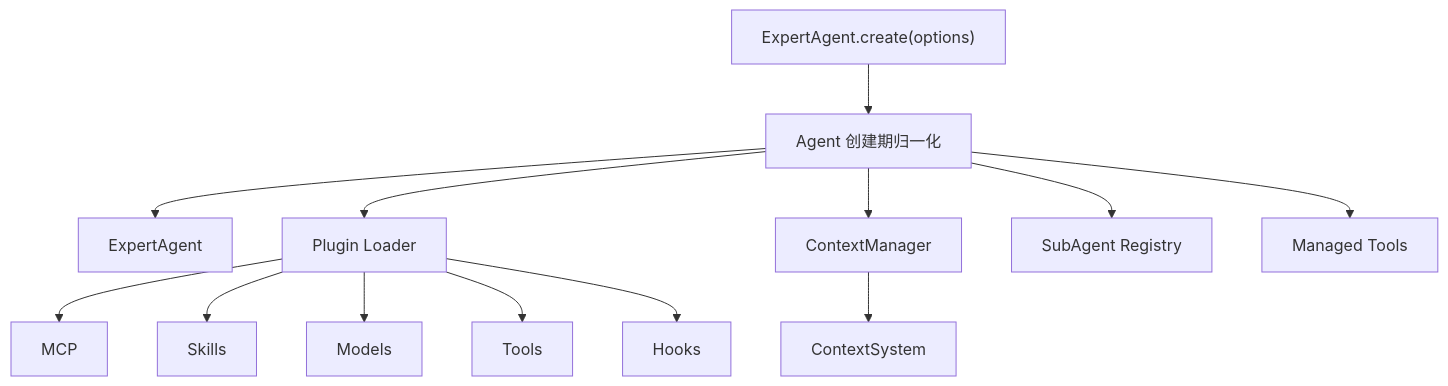
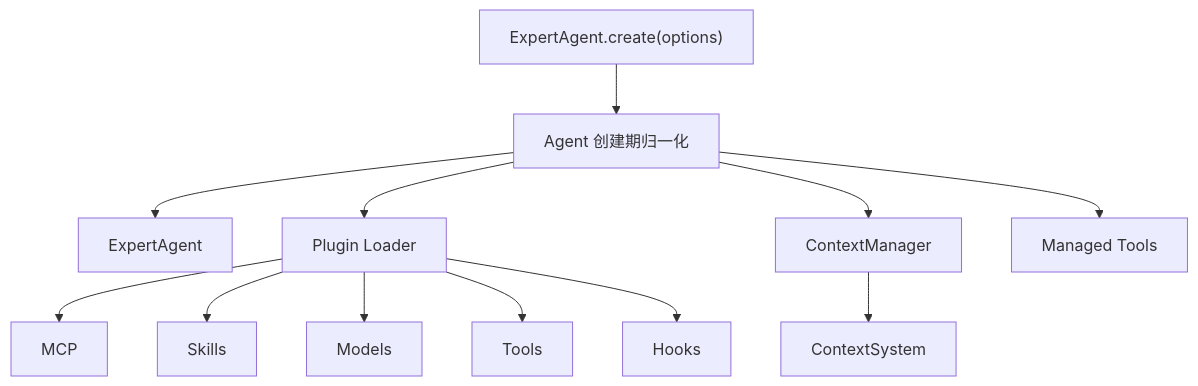
One commit to pqpo/pragma changed the second of 18 diagrams in docs/architecture/agent-core-architecture.md. Above: the diagram before and after it, drawn with Mermaid. The commit also changed other lines of this file and 43 other files, not shown here.

Commit message:
refactor runtime and memory architecture

````diff
--- a/docs/architecture/agent-core-architecture.md
+++ b/docs/architecture/agent-core-architecture.md
@@ -32,21 +32,20 @@
 ```mermaid
 flowchart TB
   create["ExpertAgent.create(options)"]
   normalize["Agent 创建期归一化"]
   agent["ExpertAgent"]
 
   create --> normalize --> agent
 
   normalize --> pluginLoader["Plugin Loader"]
   pluginLoader --> mcp["MCP"]
   pluginLoader --> skills["Skills"]
   pluginLoader --> models["Models"]
   pluginLoader --> tools["Tools"]
   pluginLoader --> hooks["Hooks"]
 
   normalize --> contextManager["ContextManager"]
   contextManager --> contextSystem["ContextSystem"]
 
-  normalize --> subAgents["SubAgent Registry"]
   normalize --> managedTools["Managed Tools"]
 ```
````
